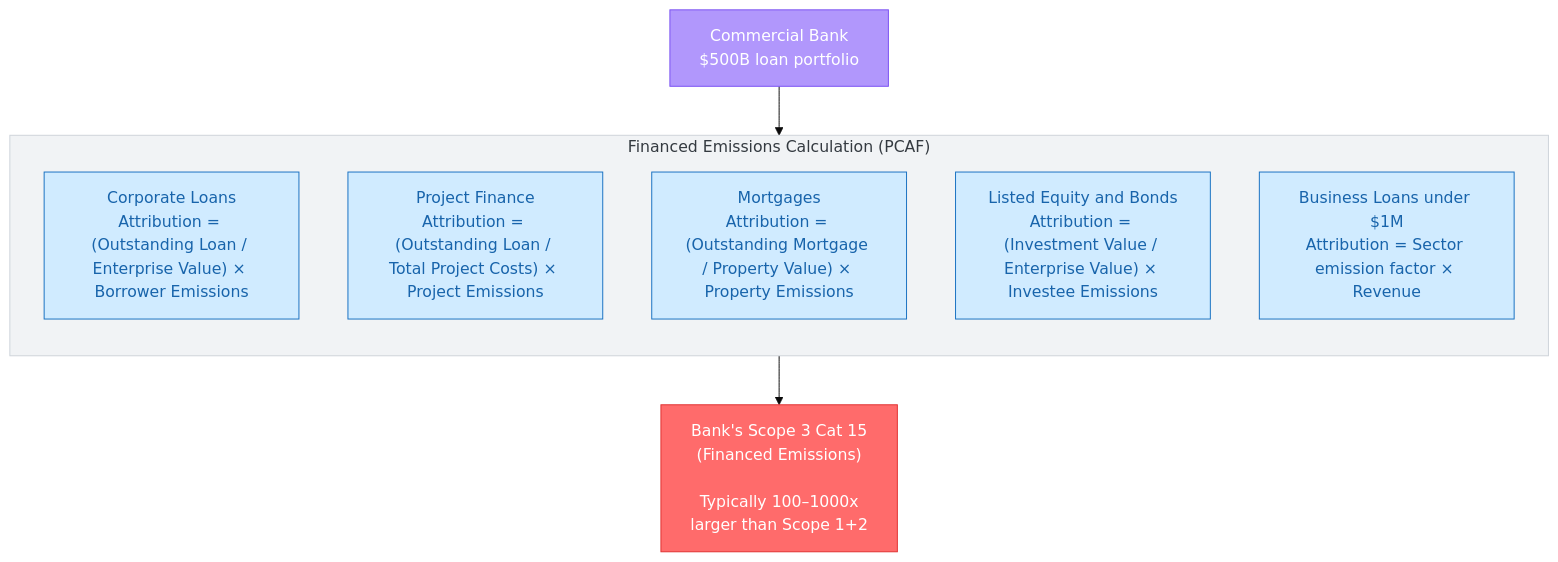
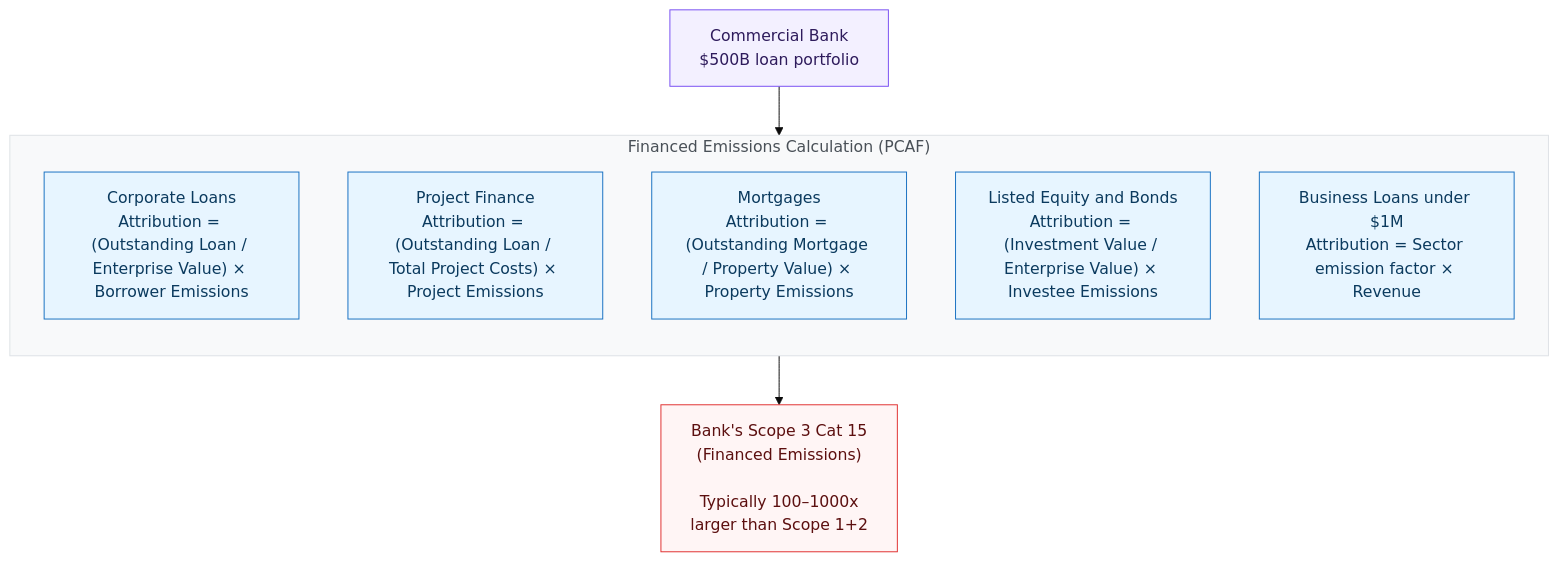
One commit to co3org/Scope3-Challenge changed the fifth of 6 diagrams in docs/01_scope3_fundamentals.md. Above: the diagram before and after it, drawn with Mermaid (base theme). The commit also changed other lines of this file and 11 other files, not shown here.

First line of the commit message:
Soft diagram palette and trim text-wall node labels

````diff
--- a/docs/01_scope3_fundamentals.md
+++ b/docs/01_scope3_fundamentals.md
@@ -253,26 +253,26 @@
 ```mermaid
 flowchart TD
-    classDef market fill:#b197fc,stroke:#7950f2,color:#fff;
-    classDef info fill:#d0ebff,stroke:#1971c2,color:#1864ab;
-    classDef bad fill:#ff6b6b,stroke:#e03131,color:#fff;
-    classDef muted fill:#f1f3f5,stroke:#ced4da,color:#343a40;
+    classDef market fill:#f3f0ff,stroke:#7950f2,color:#2e1b5c;
+    classDef info fill:#e7f5ff,stroke:#1971c2,color:#0b3a5e;
+    classDef bad fill:#fff5f5,stroke:#e03131,color:#5c0f0f;
+    classDef muted fill:#f8f9fa,stroke:#dee2e6,color:#495057;
 
     Bank["Commercial Bank\n$500B loan portfolio"]
 
     subgraph Portfolio["Financed Emissions Calculation (PCAF)"]
         direction TB
         P1["Corporate Loans\nAttribution = (Outstanding Loan / Enterprise Value) × Borrower Emissions"]
         P2["Project Finance\nAttribution = (Outstanding Loan / Total Project Costs) × Project Emissions"]
         P3["Mortgages\nAttribution = (Outstanding Mortgage / Property Value) × Property Emissions"]
         P4["Listed Equity and Bonds\nAttribution = (Investment Value / Enterprise Value) × Investee Emissions"]
         P5["Business Loans under $1M\nAttribution = Sector emission factor × Revenue"]
     end
 
     Bank --> Portfolio
     Portfolio --> Total["Bank's Scope 3 Cat 15\n(Financed Emissions)\n\nTypically 100–1000x\nlarger than Scope 1+2"]
 
     class Bank market;
     class P1,P2,P3,P4,P5 info;
     class Total bad;
     class Portfolio muted;
 ```
````
